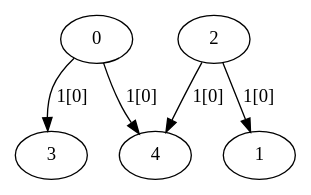
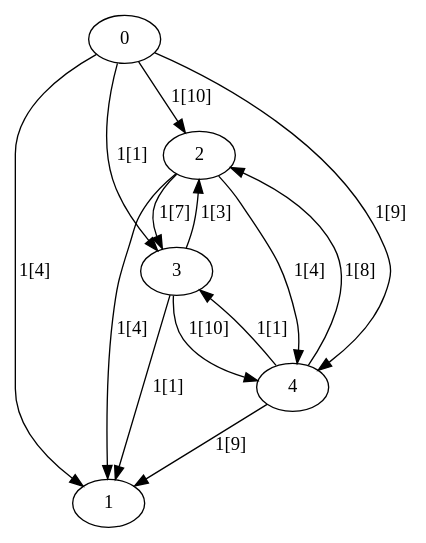
One commit to mjothy/MadisGraphe changed the diagram in doc/test.dot. Above: the diagram before and after it, drawn with Graphviz. The commit also changed 4 other files, not shown here.

```diff
--- a/doc/test.dot
+++ b/doc/test.dot
@@ -1,9 +1,16 @@
 digraph G {
-	0 -> 3 [label = "1[0]"];
-	0 -> 4 [label = "1[0]"];
+	0 -> 1 [label = "1[4]"];
+	0 -> 2 [label = "1[10]"];
+	0 -> 3 [label = "1[1]"];
+	0 -> 4 [label = "1[9]"];
 	1;
-	2 -> 1 [label = "1[0]"];
-	2 -> 4 [label = "1[0]"];
-	3;
-	4;
+	2 -> 1 [label = "1[4]"];
+	2 -> 3 [label = "1[7]"];
+	2 -> 4 [label = "1[4]"];
+	3 -> 1 [label = "1[1]"];
+	3 -> 2 [label = "1[3]"];
+	3 -> 4 [label = "1[10]"];
+	4 -> 1 [label = "1[9]"];
+	4 -> 2 [label = "1[8]"];
+	4 -> 3 [label = "1[1]"];
 }
```
